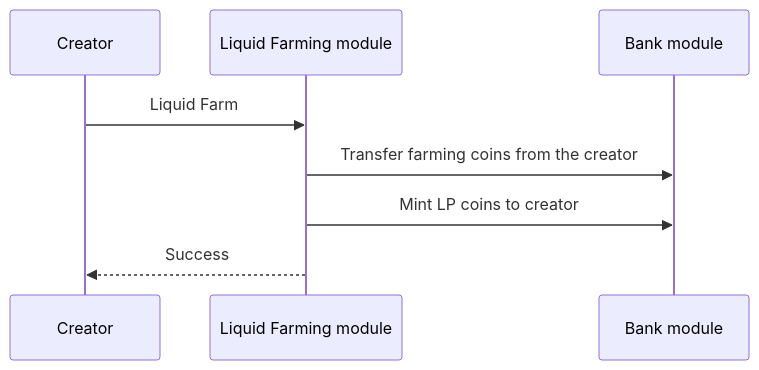
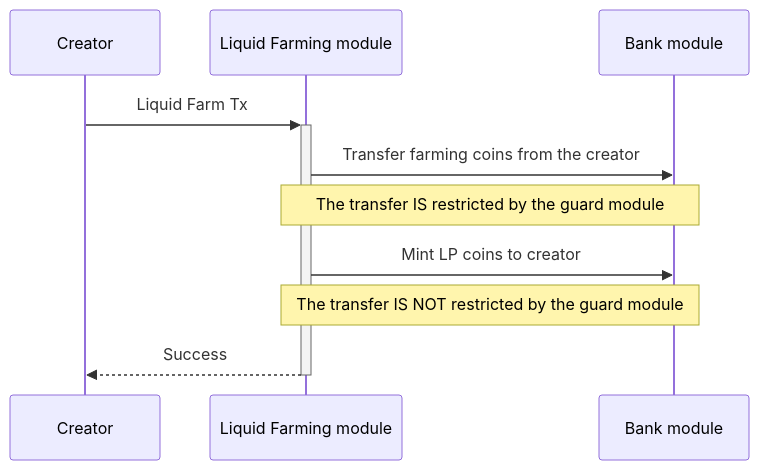
One commit to MANTRA-Chain/mantrachain changed the first of 6 diagrams in x/liquidfarming/spec/08_txs_flows.md. Above: the diagram before and after it, drawn with Mermaid. The commit also changed other lines of this file and 12 other files, not shown here.

Commit message:
docs: add update txs flows docs

````diff
--- a/x/liquidfarming/spec/08_txs_flows.md
+++ b/x/liquidfarming/spec/08_txs_flows.md
@@ -7,7 +7,9 @@
 ```mermaid
 sequenceDiagram
-Creator ->> Liquid Farming module: Liquid Farm
+Creator->>+Liquid Farming module: Liquid Farm Tx
 Liquid Farming module->>Bank module: Transfer farming coins from the creator
-Liquid Farming module->> Bank module: Mint LP coins to creator
-Liquid Farming module-->> Creator: Success
+Note over Liquid Farming module, Bank module: The transfer IS restricted by the guard module
+Liquid Farming module->>Bank module: Mint LP coins to creator
+Note over Liquid Farming module, Bank module: The transfer IS NOT restricted by the guard module
+Liquid Farming module-->>-Creator: Success
 ```
````
